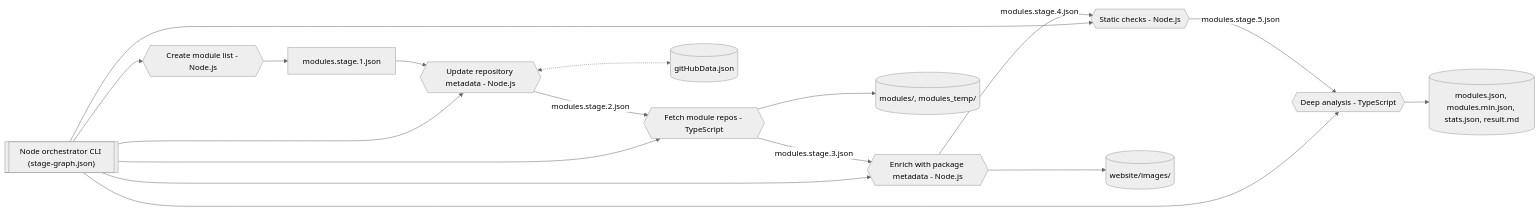
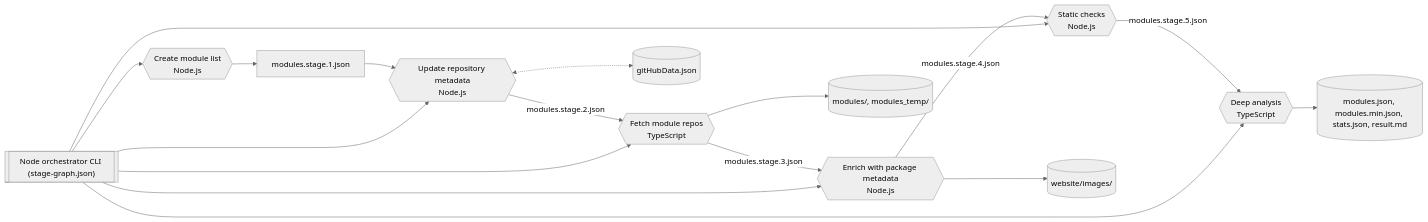
Before and after one commit to KristjanESPERANTO/MagicMirror-3rd-Party-Modules: the first of 3 diagrams in docs/architecture.md, drawn with Mermaid (neutral theme). The commit also changed other lines of this file, not shown here.

Commit message:
fix(docs): improve readability of architecture diagrams with line breaks

````diff
--- a/docs/architecture.md
+++ b/docs/architecture.md
@@ -22,21 +22,21 @@
 ```mermaid
 flowchart LR
   orchestrator[["Node orchestrator CLI (stage-graph.json)"]]
-  orchestrator --> create{{"Create module list - Node.js"}}
-  orchestrator --> update{{"Update repository metadata - Node.js"}}
-  orchestrator --> fetch{{"Fetch module repos - TypeScript"}}
-  orchestrator --> enrich{{"Enrich with package metadata - Node.js"}}
-  orchestrator --> checkjs{{"Static checks - Node.js"}}
-  orchestrator --> checkts{{"Deep analysis - TypeScript"}}
+  orchestrator --> create{{"Create module list<br>Node.js"}}
+  orchestrator --> update{{"Update repository metadata<br>Node.js"}}
+  orchestrator --> fetch{{"Fetch module repos<br>TypeScript"}}
+  orchestrator --> enrich{{"Enrich with package metadata<br>Node.js"}}
+  orchestrator --> checkjs{{"Static checks<br>Node.js"}}
+  orchestrator --> checkts{{"Deep analysis<br>TypeScript"}}
 
   create --> stage1["modules.stage.1.json"]
   stage1 --> update
   update -- "modules.stage.2.json" --> fetch
   update <-.-> cache[("gitHubData.json")]
   fetch -- "modules.stage.3.json" --> enrich
   fetch --> clones[("modules/, modules_temp/")]
   enrich -- "modules.stage.4.json" --> checkjs
   enrich --> images[("website/images/")]
   checkjs -- "modules.stage.5.json" --> checkts
   checkts --> outputs[("modules.json, modules.min.json, stats.json, result.md")]
 ```
````
